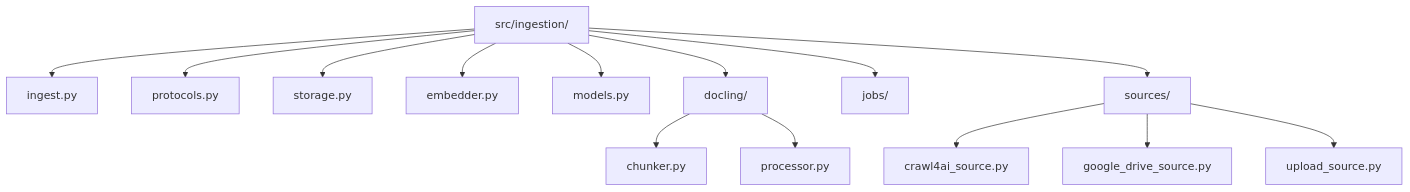
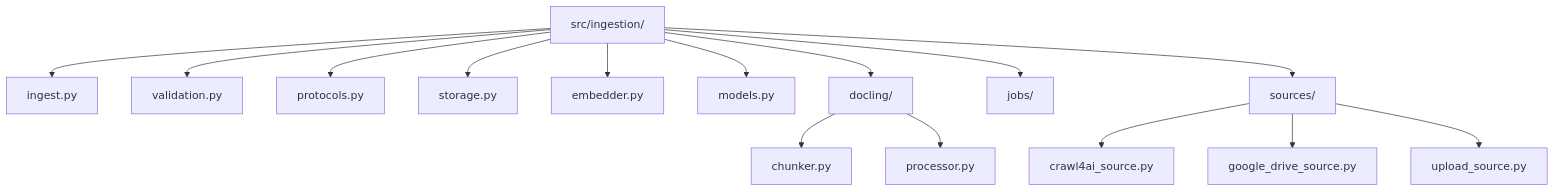
Before and after one commit to jaewilson07/rag_mongodb: the first of 2 diagrams in src/ingestion/AGENTS.md, drawn with Mermaid. The commit also changed other lines of this file and 126 other files, not shown here.

````diff
--- a/src/ingestion/AGENTS.md
+++ b/src/ingestion/AGENTS.md
@@ -23,19 +23,20 @@
 ```mermaid
 flowchart TB
   ingestion_root[src/ingestion/]
   ingestion_root --> ingest_py[ingest.py]
+  ingestion_root --> validation_py[validation.py]
   ingestion_root --> protocols_py[protocols.py]
   ingestion_root --> storage_py[storage.py]
   ingestion_root --> embedder_py[embedder.py]
   ingestion_root --> models_py[models.py]
   ingestion_root --> docling_dir[docling/]
   ingestion_root --> jobs_dir[jobs/]
   ingestion_root --> sources_dir[sources/]
 
   docling_dir --> chunker_py[chunker.py]
   docling_dir --> processor_py[processor.py]
 
   sources_dir --> crawl4ai_src[crawl4ai_source.py]
   sources_dir --> google_drive_src[google_drive_source.py]
   sources_dir --> upload_src[upload_source.py]
 ```
````
